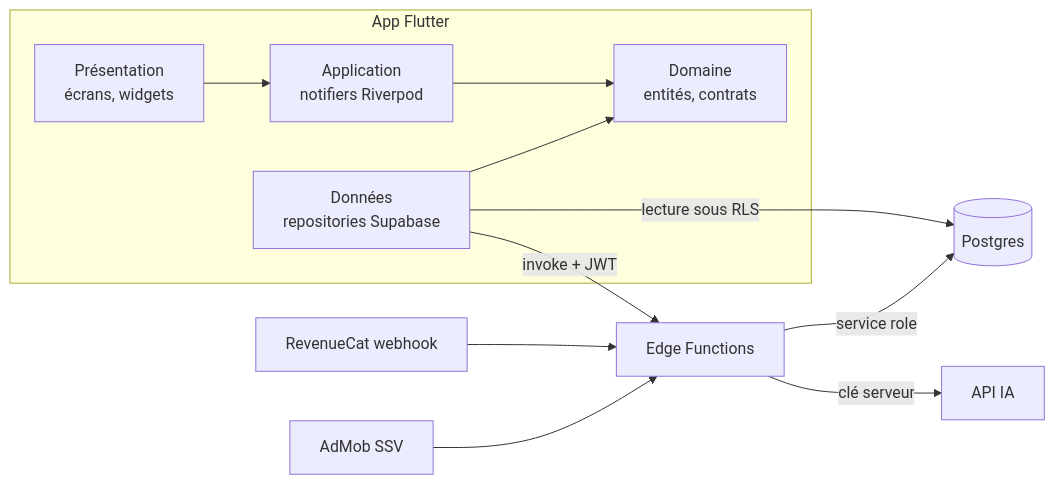
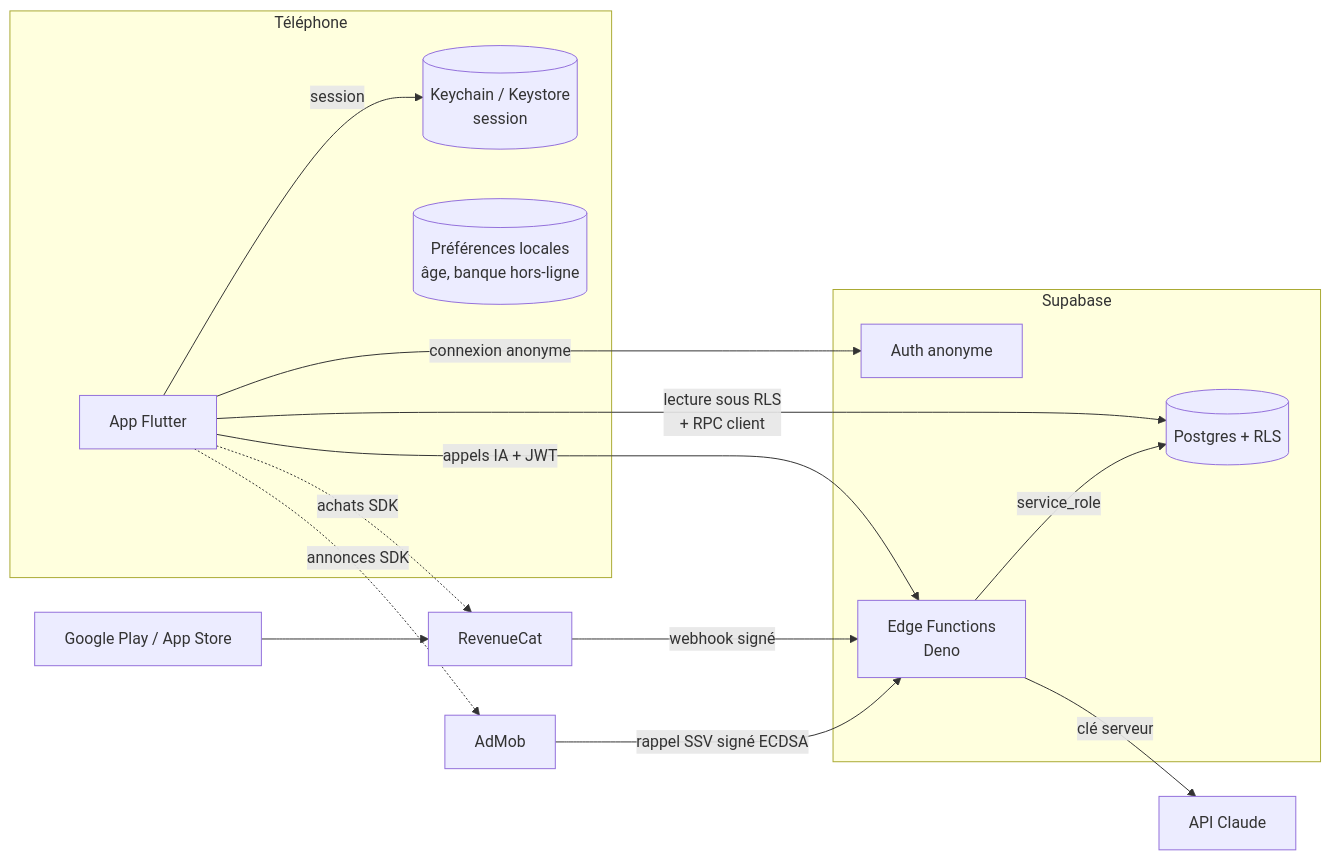
Before and after one commit to Kelenix/Flirt-Coach: the first of 2 diagrams in docs/architecture.md, drawn with Mermaid. The commit also changed other lines of this file and 50 other files, not shown here.

````diff
--- a/docs/architecture.md
+++ b/docs/architecture.md
@@ -7,14 +8,24 @@
 ```mermaid
 flowchart LR
-  subgraph App[App Flutter]
-    P[Présentation<br/>écrans, widgets] --> A[Application<br/>notifiers Riverpod]
-    A --> D[Domaine<br/>entités, contrats]
-    I[Données<br/>repositories Supabase] --> D
+  subgraph Phone[Téléphone]
+    App[App Flutter]
+    KS[(Keychain / Keystore<br/>session)]
+    SP[(Préférences locales<br/>âge, banque hors-ligne)]
   end
-  I -->|lecture sous RLS| DB[(Postgres)]
-  I -->|invoke + JWT| EF[Edge Functions]
-  EF -->|service role| DB
-  EF -->|clé serveur| IA[API IA]
-  RC[RevenueCat webhook] --> EF
-  AD[AdMob SSV] --> EF
+  subgraph Supabase
+    Auth[Auth anonyme]
+    DB[(Postgres + RLS)]
+    EF[Edge Functions<br/>Deno]
+  end
+  App -- session --> KS
+  App -- lecture sous RLS<br/>+ RPC client --> DB
+  App -- appels IA + JWT --> EF
+  App -- connexion anonyme --> Auth
+  EF -- service_role --> DB
+  EF -- clé serveur --> Claude[API Claude]
+  Stores[Google Play / App Store] --> RC[RevenueCat]
+  RC -- webhook signé --> EF
+  AdMob -- rappel SSV signé ECDSA --> EF
+  App -. achats SDK .-> RC
+  App -. annonces SDK .-> AdMob
 ```
````
